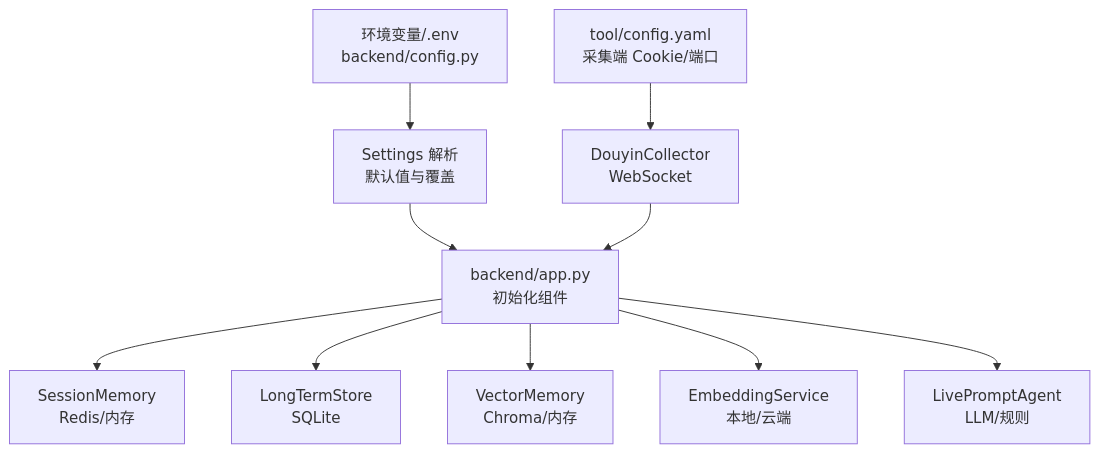
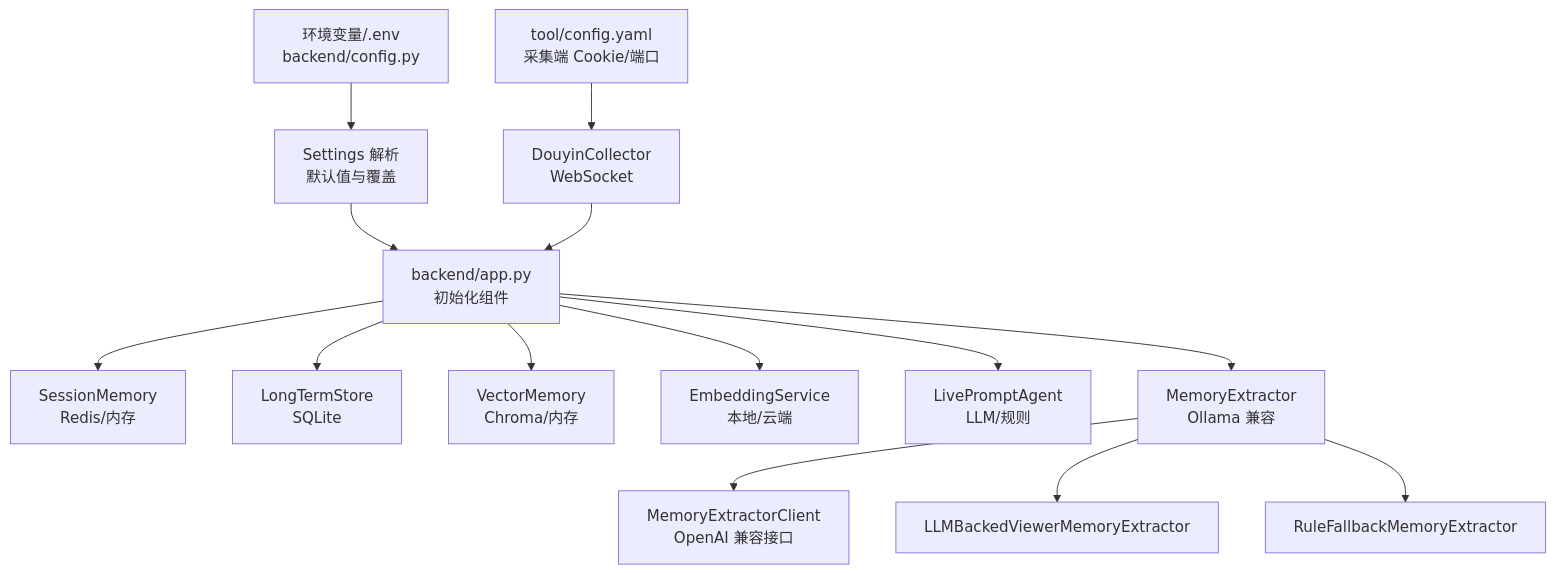
Before and after one commit to Moon-Force/DouYin_llm: the first of 3 diagrams in .qoder/repowiki/zh/content/配置管理/配置管理.md, drawn with Mermaid. The commit also changed other lines of this file and 35 other files, not shown here.

Commit message:
feat: finalize ollama memory extraction evaluation

````diff
--- a/.qoder/repowiki/zh/content/配置管理/配置管理.md
+++ b/.qoder/repowiki/zh/content/配置管理/配置管理.md
@@ -40,12 +52,16 @@
 ```mermaid
 graph TB
 A["环境变量/.env<br/>backend/config.py"] --> B["Settings 解析<br/>默认值与覆盖"]
 B --> C["backend/app.py<br/>初始化组件"]
 C --> D["SessionMemory<br/>Redis/内存"]
 C --> E["LongTermStore<br/>SQLite"]
 C --> F["VectorMemory<br/>Chroma/内存"]
 C --> G["EmbeddingService<br/>本地/云端"]
 C --> H["LivePromptAgent<br/>LLM/规则"]
-I["tool/config.yaml<br/>采集端 Cookie/端口"] --> J["DouyinCollector<br/>WebSocket"]
-J --> C
+C --> I["MemoryExtractor<br/>Ollama 兼容"]
+I --> J["MemoryExtractorClient<br/>OpenAI 兼容接口"]
+I --> K["LLMBackedViewerMemoryExtractor"]
+I --> L["RuleFallbackMemoryExtractor"]
+M["tool/config.yaml<br/>采集端 Cookie/端口"] --> N["DouyinCollector<br/>WebSocket"]
+N --> C
 ```
````
